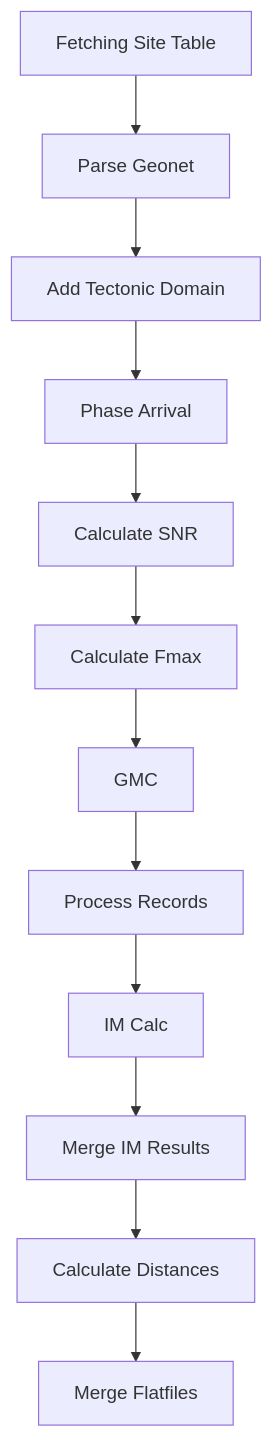
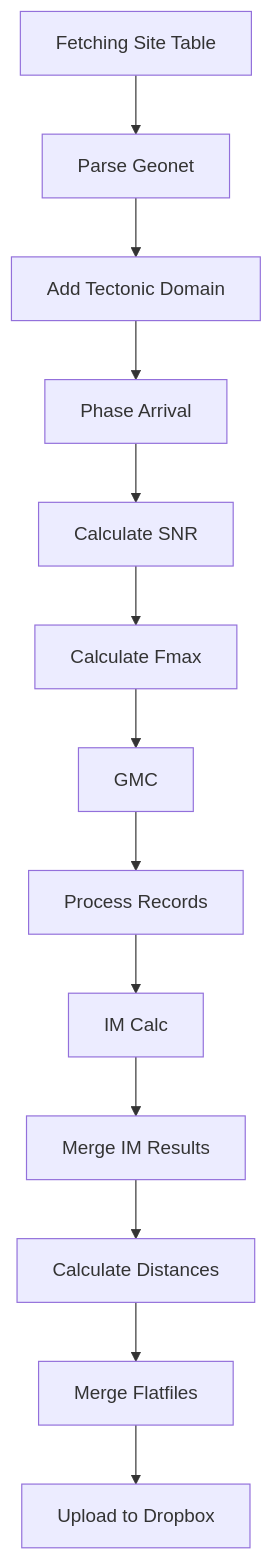
Before and after one commit to ucgmsim/nzgmdb: the diagram in wiki/Home.md, drawn with Mermaid. The commit also changed other lines of this file and 2 other files, not shown here.

````diff
--- a/wiki/Home.md
+++ b/wiki/Home.md
@@ -23,14 +24,15 @@
 ```mermaid
 flowchart TD
     A[Fetching Site Table] --> B[Parse Geonet]
     B --> C[Add Tectonic Domain]
     C --> D[Phase Arrival]
     D --> E[Calculate SNR]
     E --> F[Calculate Fmax]
     F --> G[GMC]
     G --> H[Process Records]
     H --> I[IM Calc]
     I --> J[Merge IM Results]
     J --> K[Calculate Distances]
     K --> L[Merge Flatfiles]
+    L --> M[Upload to Dropbox]
 ```
````
